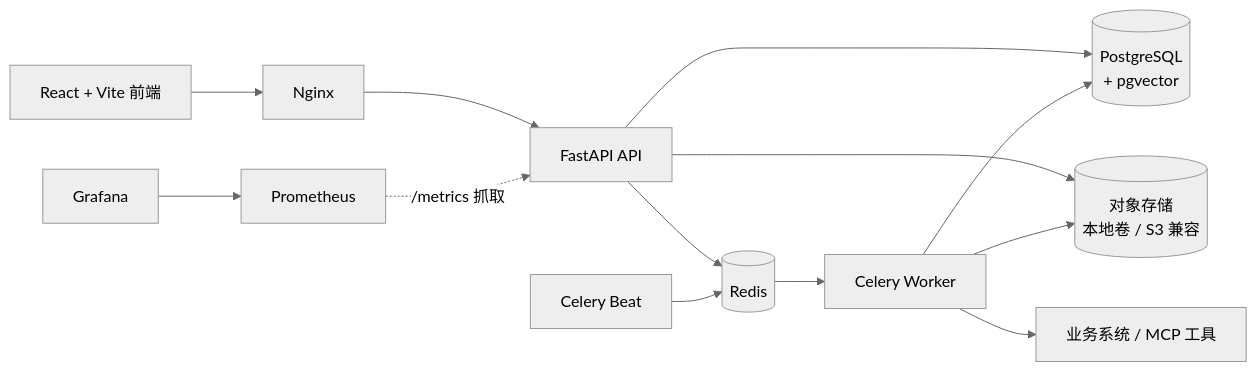
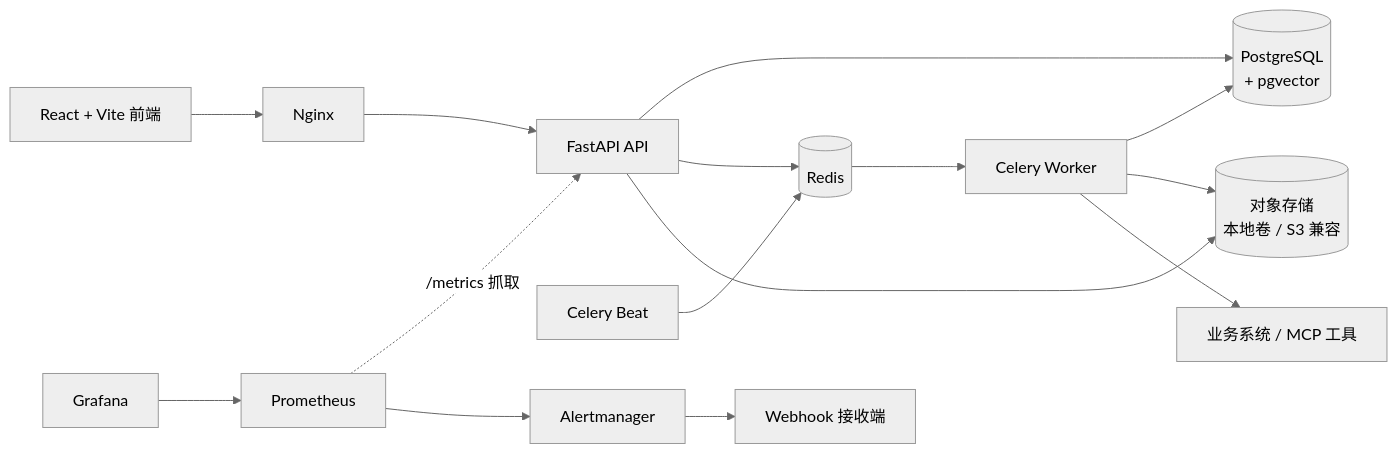
One commit to github0117/onduty-platform changed the diagram in README.md. Above: the diagram before and after it, drawn with Mermaid (neutral theme). The commit also changed other lines of this file and 7 other files, not shown here.

First line of the commit message:
feat(observability): route alerts through Alertmanager webhook

````diff
--- a/README.md
+++ b/README.md
@@ -78,15 +78,17 @@
 ```mermaid
 flowchart LR
   Web["React + Vite 前端"] --> Nginx["Nginx"]
   Nginx --> API["FastAPI API"]
   API --> PG[("PostgreSQL<br/>+ pgvector")]
   API --> Redis[("Redis")]
   API --> Store[("对象存储<br/>本地卷 / S3 兼容")]
   Redis --> Worker["Celery Worker"]
   Worker --> PG
   Worker --> Store
   Worker --> Biz["业务系统 / MCP 工具"]
   Beat["Celery Beat"] --> Redis
   Prom["Prometheus"] -. "/metrics 抓取" .-> API
+  Prom --> Alertmanager["Alertmanager"]
+  Alertmanager --> Hook["Webhook 接收端"]
   Grafana["Grafana"] --> Prom
 ```
````
